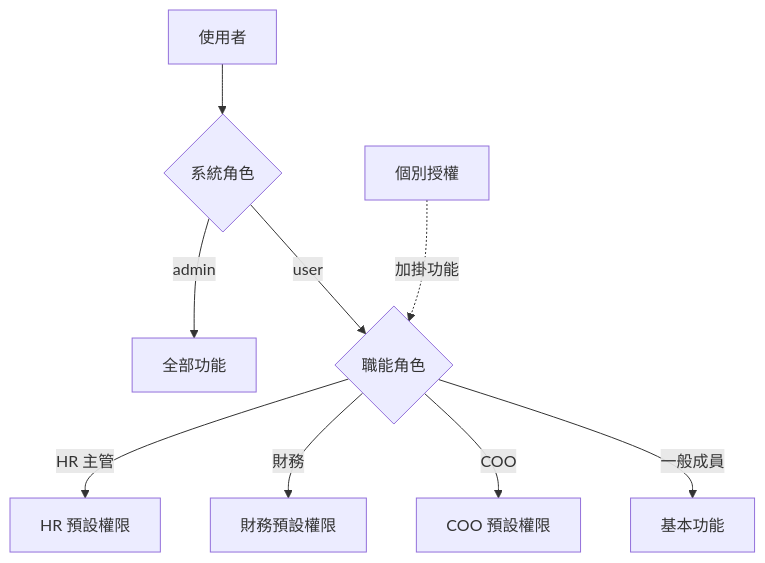
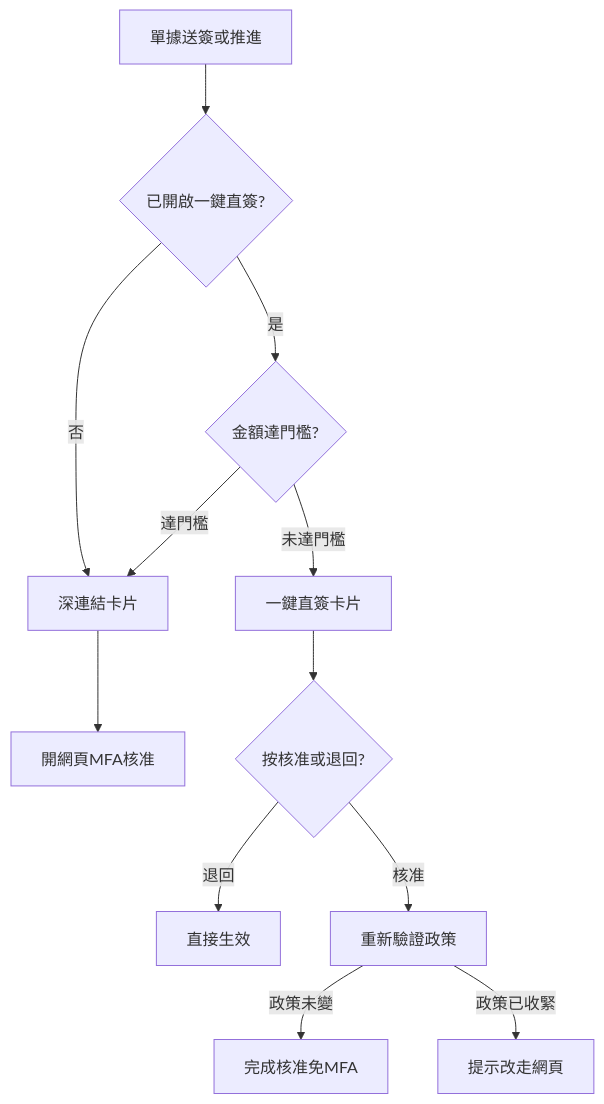
Before and after one commit to cancerfreebiotech/myops: the third of 3 diagrams in docs/generated/zh-TW-admin.md, drawn with Mermaid. The commit also changed other lines of this file and 6 other files, not shown here.

````diff
--- a/docs/generated/zh-TW-admin.md
+++ b/docs/generated/zh-TW-admin.md
@@ -186,11 +975,14 @@
 ```mermaid
 flowchart TD
-  U[使用者] --> R{系統角色}
-  R -->|admin| FULL[全部功能]
-  R -->|user| J{職能角色}
-  J -->|HR 主管| HRF[HR 預設權限]
-  J -->|財務| FINF[財務預設權限]
-  J -->|COO| COOF[COO 預設權限]
-  J -->|一般成員| BASE[基本功能]
-  GF[個別授權] -.加掛功能.-> J
+    A[單據送簽或推進] --> B{已開啟一鍵直簽?}
+    B -->|否| C[深連結卡片]
+    C --> D[開網頁MFA核准]
+    B -->|是| E{金額達門檻?}
+    E -->|達門檻| C
+    E -->|未達門檻| F[一鍵直簽卡片]
+    F --> G{按核准或退回?}
+    G -->|退回| H[直接生效]
+    G -->|核准| I[重新驗證政策]
+    I -->|政策未變| J[完成核准免MFA]
+    I -->|政策已收緊| K[提示改走網頁]
 ```
````
